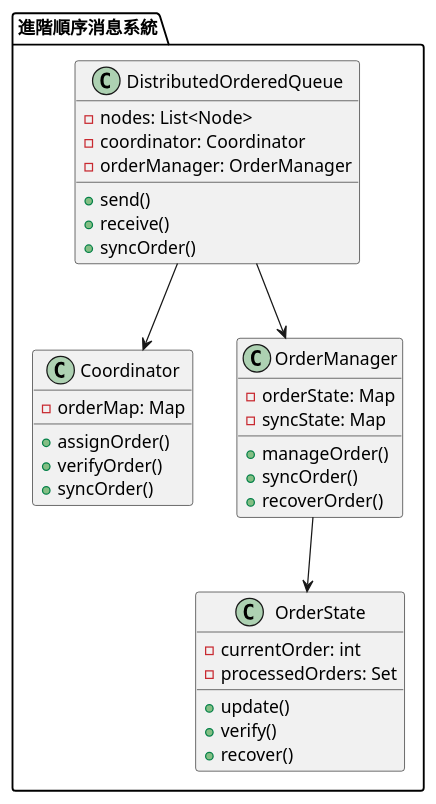
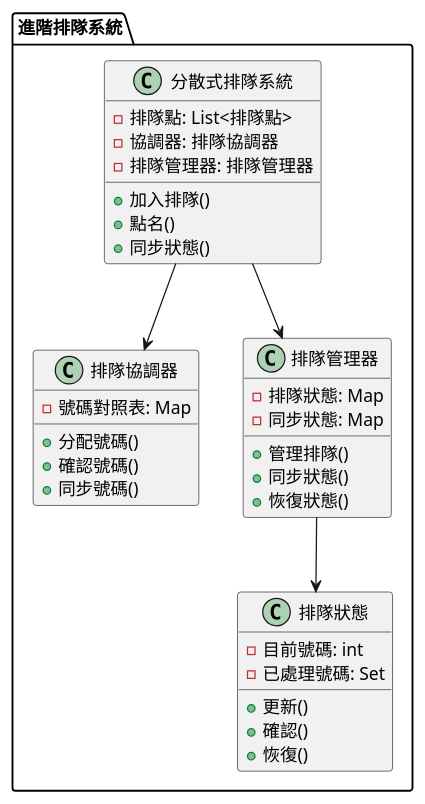
The third of 3 diagrams in doc/learning/architecture/message_queue_ordered_tutorial.md (fine5351/info-sync), drawn with PlantUML before and after one commit. The commit also changed other lines of this file and 35 other files, not shown here.

````diff
--- a/doc/learning/architecture/message_queue_ordered_tutorial.md
+++ b/doc/learning/architecture/message_queue_ordered_tutorial.md
@@ -274,41 +274,41 @@
 ```plantuml
 @startuml
-package "進階順序消息系統" {
-    class DistributedOrderedQueue {
-        - nodes: List<Node>
-        - coordinator: Coordinator
-        - orderManager: OrderManager
-        + send()
-        + receive()
-        + syncOrder()
+package "進階排隊系統" {
+    class 分散式排隊系統 {
+        - 排隊點: List<排隊點>
+        - 協調器: 排隊協調器
+        - 排隊管理器: 排隊管理器
+        + 加入排隊()
+        + 點名()
+        + 同步狀態()
     }
     
-    class Coordinator {
-        - orderMap: Map
-        + assignOrder()
-        + verifyOrder()
-        + syncOrder()
+    class 排隊協調器 {
+        - 號碼對照表: Map
+        + 分配號碼()
+        + 確認號碼()
+        + 同步號碼()
     }
     
-    class OrderManager {
-        - orderState: Map
-        - syncState: Map
-        + manageOrder()
-        + syncOrder()
-        + recoverOrder()
+    class 排隊管理器 {
+        - 排隊狀態: Map
+        - 同步狀態: Map
+        + 管理排隊()
+        + 同步狀態()
+        + 恢復狀態()
     }
     
-    class OrderState {
-        - currentOrder: int
-        - processedOrders: Set
-        + update()
-        + verify()
-        + recover()
+    class 排隊狀態 {
+        - 目前號碼: int
+        - 已處理號碼: Set
+        + 更新()
+        + 確認()
+        + 恢復()
     }
 }
 
-DistributedOrderedQueue --> Coordinator
-DistributedOrderedQueue --> OrderManager
-OrderManager --> OrderState
+分散式排隊系統 --> 排隊協調器
+分散式排隊系統 --> 排隊管理器
+排隊管理器 --> 排隊狀態
 @enduml
 ```
````
